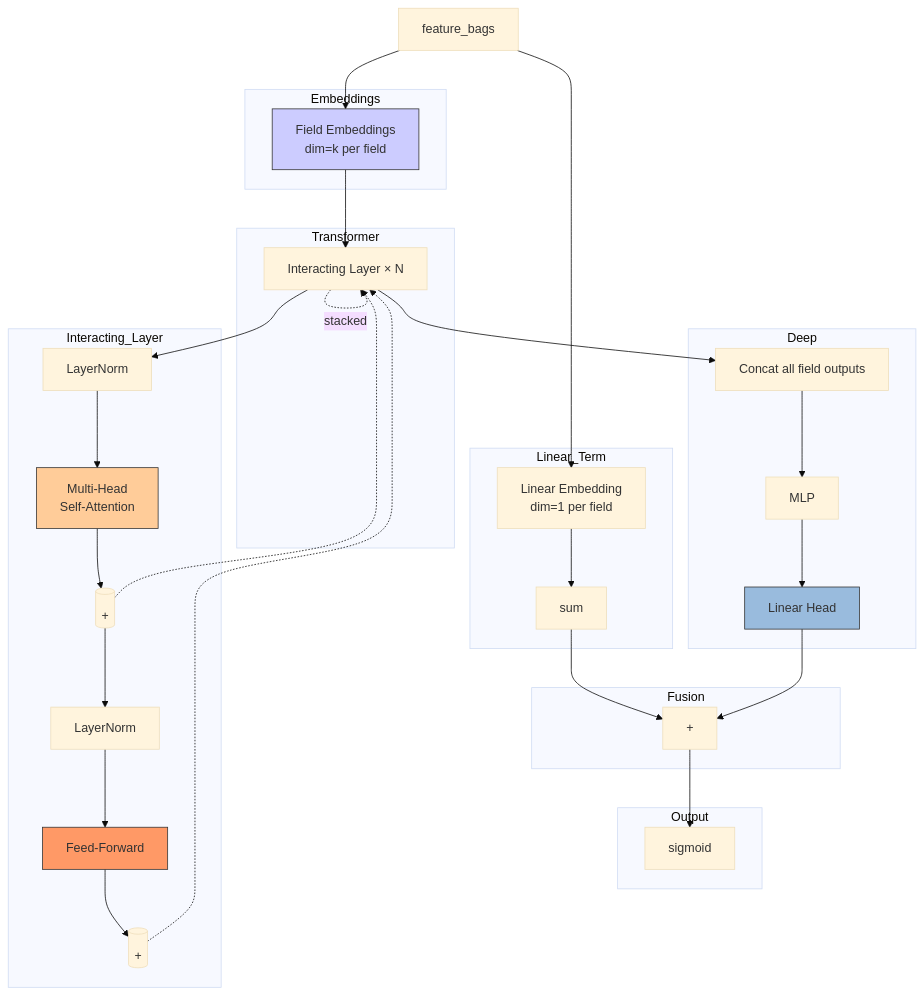
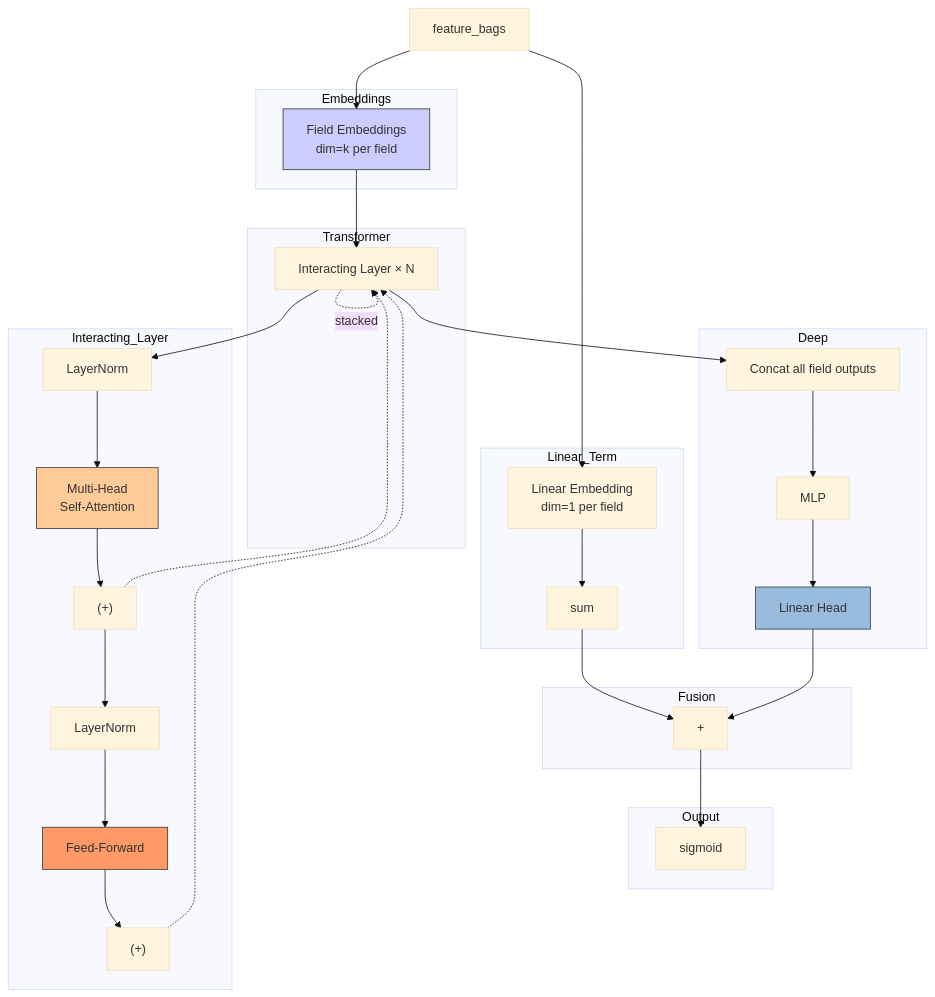
The diagram in docs/6-autoint.md (shardzhang/gerbil-train), drawn with Mermaid (base theme) before and after one commit. The commit also changed 234 other files, not shown here.

````diff
--- a/docs/6-autoint.md
+++ b/docs/6-autoint.md
@@ -7,47 +7,47 @@
 ```mermaid
 graph TB
-    subgraph Output
-        OUT[sigmoid]
+    subgraph "Output"
+        OUT["sigmoid"]
     end
-    subgraph Fusion
-        ADD[+]
+    subgraph "Fusion"
+        ADD["+"]
     end
-    subgraph Linear_Term
-        L1[Linear Embedding<br/>dim=1 per field]
-        LS[sum]
+    subgraph "Linear_Term"
+        L1["Linear Embedding<br/>dim=1 per field"]
+        LS["sum"]
     end
-    subgraph Transformer
-        SUB1[Interacting Layer × N]
+    subgraph "Transformer"
+        SUB1["Interacting Layer × N"]
     end
-    subgraph Interacting_Layer
-        MHA[Multi-Head<br/>Self-Attention]
-        RES1[(+)]
-        FFN[Feed-Forward]
-        RES2[(+)]
-        LN1[LayerNorm]
-        LN2[LayerNorm]
+    subgraph "Interacting_Layer"
+        MHA["Multi-Head<br/>Self-Attention"]
+        RES1["(+)"]
+        FFN["Feed-Forward"]
+        RES2["(+)"]
+        LN1["LayerNorm"]
+        LN2["LayerNorm"]
     end
-    subgraph Deep
-        CONCAT[Concat all field outputs]
-        MLP[MLP]
-        HEAD[Linear Head]
+    subgraph "Deep"
+        CONCAT["Concat all field outputs"]
+        MLP["MLP"]
+        HEAD["Linear Head"]
     end
-    subgraph Embeddings
-        EMB[Field Embeddings<br/>dim=k per field]
+    subgraph "Embeddings"
+        EMB["Field Embeddings<br/>dim=k per field"]
     end
 
-    I[feature_bags] --> L1 --> LS --> ADD
+    I["feature_bags"] --> L1 --> LS --> ADD
     I --> EMB --> SUB1 --> CONCAT --> MLP --> HEAD --> ADD
     SUB1 -.->|stacked| SUB1
 
     ADD --> OUT
 
     SUB1 --> LN1 --> MHA --> RES1 --> LN2 --> FFN --> RES2
     RES1 -.-> SUB1
     RES2 -.-> SUB1
 
     style MHA fill:#fc9,stroke:#333
     style FFN fill:#f96,stroke:#333
     style EMB fill:#ccf,stroke:#333
     style HEAD fill:#9bd,stroke:#333
 ```
````
